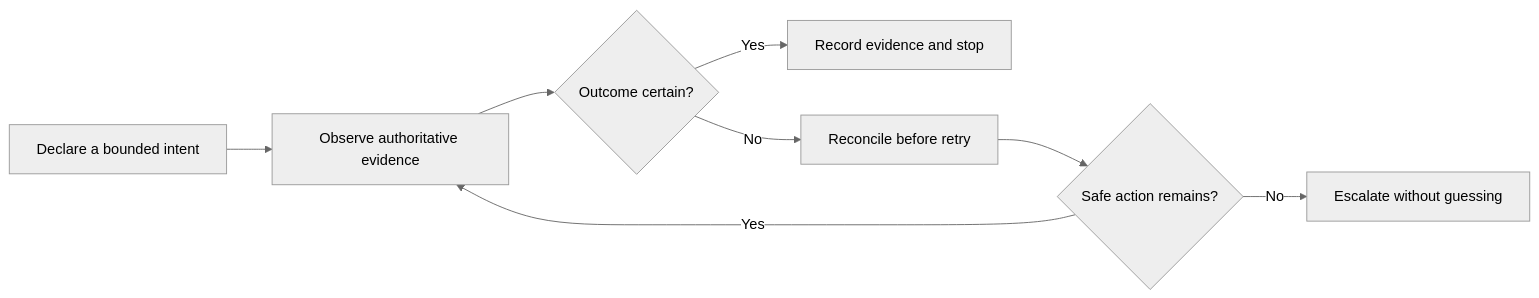
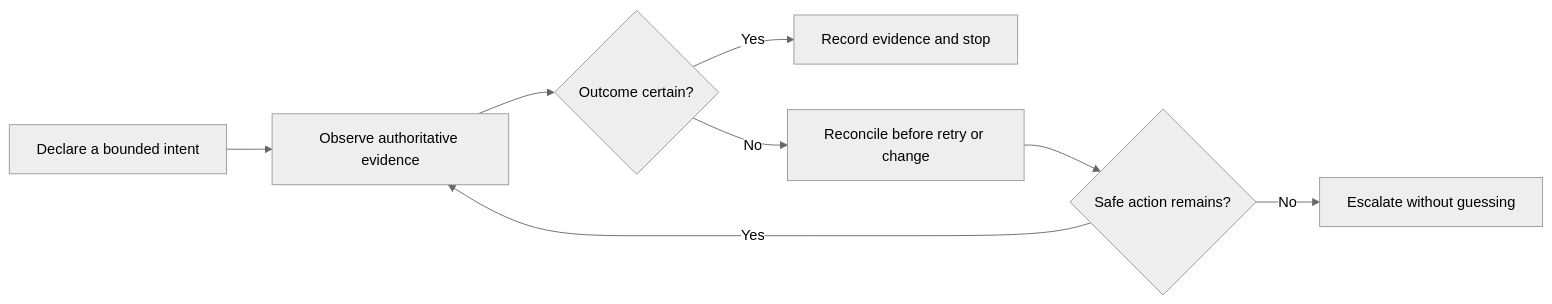
One commit to Jnapier2/automation-reliability-case-studies changed the diagram in README.md. Above: the diagram before and after it, drawn with Mermaid (neutral theme). The commit also changed other lines of this file and 4 other files, not shown here.

````diff
--- a/README.md
+++ b/README.md
@@ -48,10 +54,10 @@
 ```mermaid
 flowchart LR
     A["Declare a bounded intent"] --> B["Observe authoritative evidence"]
     B --> C{"Outcome certain?"}
     C -- "Yes" --> D["Record evidence and stop"]
-    C -- "No" --> E["Reconcile before retry"]
+    C -- "No" --> E["Reconcile before retry or change"]
     E --> F{"Safe action remains?"}
     F -- "Yes" --> B
     F -- "No" --> G["Escalate without guessing"]
 ```
````
